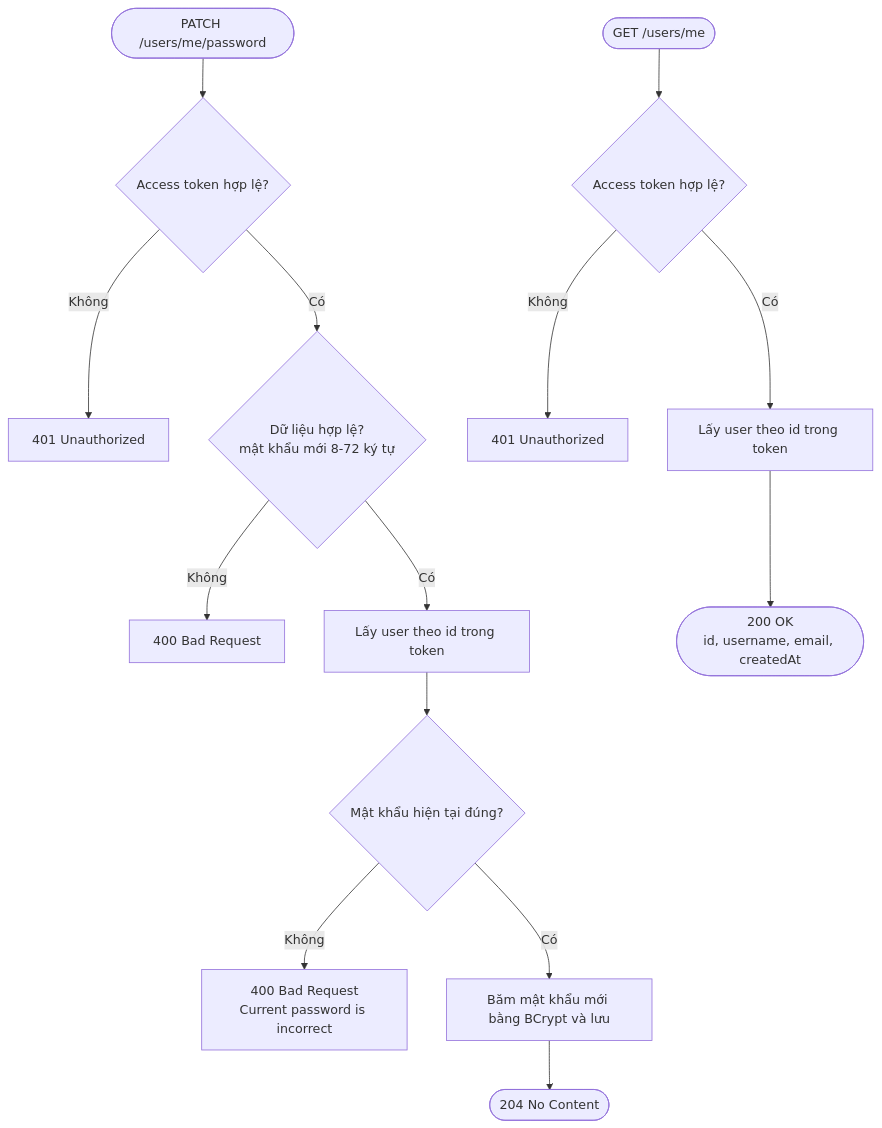
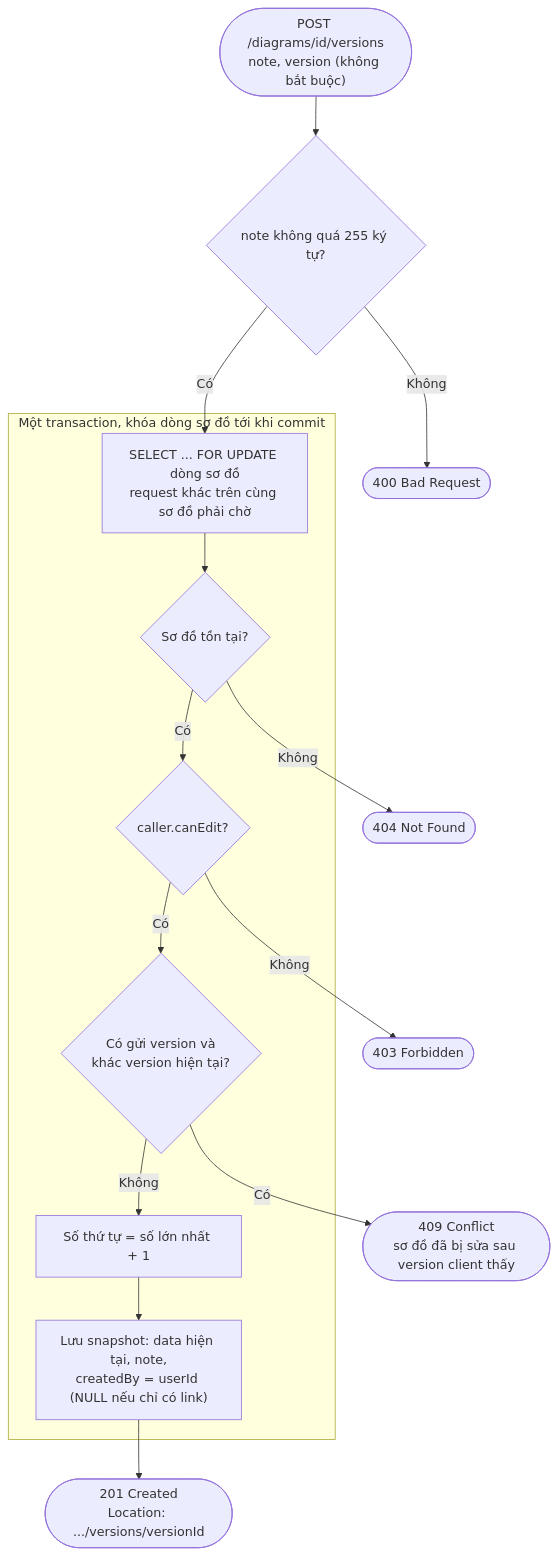
The fifth of 7 diagrams in docs/luong-nghiep-vu.md (Phamminh161005/CourseHub), drawn with Mermaid before and after one commit. The commit also changed other lines of this file and 4 other files, not shown here.

````diff
--- a/docs/luong-nghiep-vu.md
+++ b/docs/luong-nghiep-vu.md
@@ -81,17 +136,19 @@
 ```mermaid
 flowchart TD
-    A(["PATCH /users/me/password"]) --> B{"Access token hợp lệ?"}
-    B -- Không --> E401["401 Unauthorized"]
-    B -- Có --> C{"Dữ liệu hợp lệ?<br/>mật khẩu mới 8-72 ký tự"}
-    C -- Không --> E400a["400 Bad Request"]
-    C -- Có --> D["Lấy user theo id trong token"]
-    D --> E{"Mật khẩu hiện tại đúng?"}
-    E -- Không --> E400b["400 Bad Request<br/>Current password is incorrect"]
-    E -- Có --> F["Băm mật khẩu mới bằng BCrypt và lưu"]
-    F --> G(["204 No Content"])
-
-    M(["GET /users/me"]) --> N{"Access token hợp lệ?"}
-    N -- Không --> E401b["401 Unauthorized"]
-    N -- Có --> O["Lấy user theo id trong token"]
-    O --> P(["200 OK<br/>id, username, email, createdAt"])
+    A(["POST /diagrams/id/versions<br/>note, version (không bắt buộc)"]) --> B{"note không quá 255 ký tự?"}
+    B -- Không --> E400(["400 Bad Request"])
+    subgraph TX ["Một transaction, khóa dòng sơ đồ tới khi commit"]
+        L["SELECT ... FOR UPDATE dòng sơ đồ<br/>request khác trên cùng sơ đồ phải chờ"] --> C{"Sơ đồ tồn tại?"}
+        D{"caller.canEdit?"}
+        V{"Có gửi version và<br/>khác version hiện tại?"}
+        N["Số thứ tự = số lớn nhất + 1"] --> S["Lưu snapshot: data hiện tại, note,<br/>createdBy = userId (NULL nếu chỉ có link)"]
+    end
+    B -- Có --> L
+    C -- Không --> E404(["404 Not Found"])
+    C -- Có --> D
+    D -- Không --> E403(["403 Forbidden"])
+    D -- Có --> V
+    V -- Có --> E409(["409 Conflict<br/>sơ đồ đã bị sửa sau version client thấy"])
+    V -- Không --> N
+    S --> OK(["201 Created<br/>Location: .../versions/versionId"])
 ```
````
